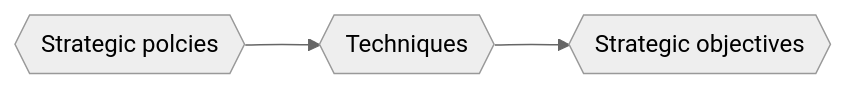
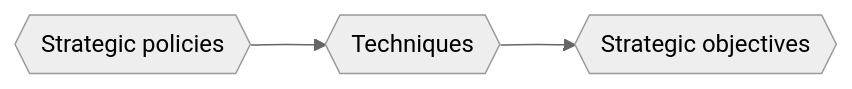
One commit to aarnphm/aarnphm.github.io changed the diagram in content/thoughts/university/twenty-three-twenty-four/commerce-4be3/Pay model.md. Above: the diagram before and after it, drawn with Mermaid (neutral theme). The commit also changed other lines of this file and 6 other files, not shown here.

````diff
--- a/content/thoughts/university/twenty-three-twenty-four/commerce-4be3/Pay model.md
+++ b/content/thoughts/university/twenty-three-twenty-four/commerce-4be3/Pay model.md
@@ -81,5 +69,5 @@
 ```mermaid
 graph LR
 
-SP{{Strategic polcies}} --> T{{Techniques}} --> SO{{Strategic objectives}}
+SP{{Strategic policies}} --> T{{Techniques}} --> SO{{Strategic objectives}}
 ```
````
